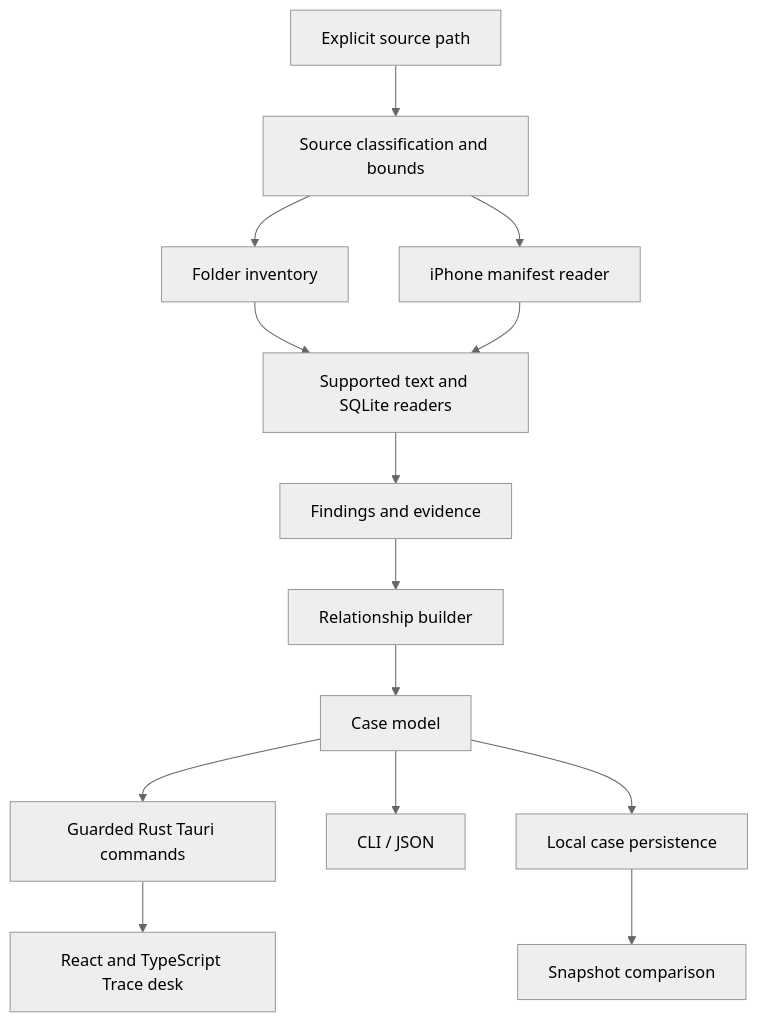
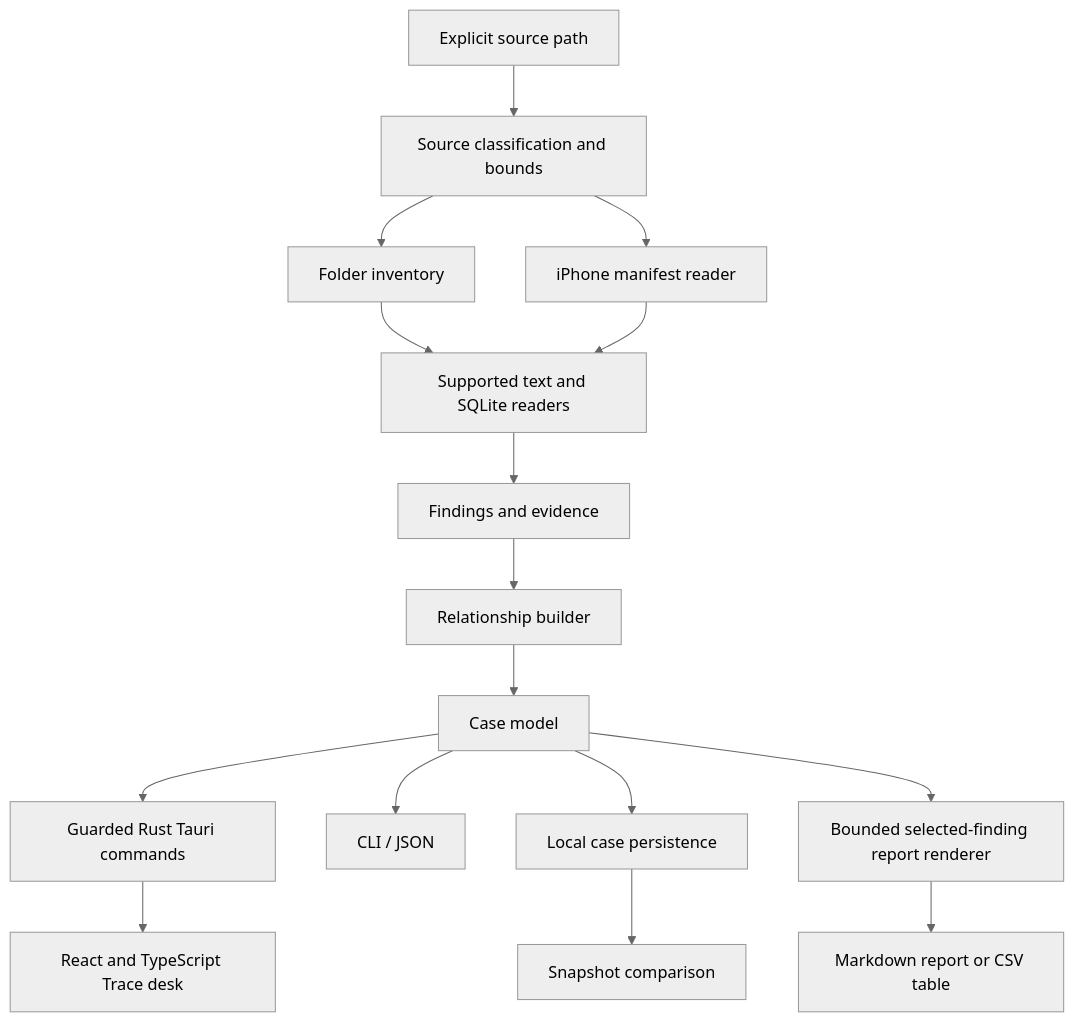
One commit to Forem0/ENGRAM changed the diagram in docs/ARCHITECTURE.md. Above: the diagram before and after it, drawn with Mermaid (neutral theme). The commit also changed other lines of this file and 43 other files, not shown here.

````diff
--- a/docs/ARCHITECTURE.md
+++ b/docs/ARCHITECTURE.md
@@ -5,16 +5,18 @@
 ```mermaid
 flowchart TD
     F[Explicit source path] --> S[Source classification and bounds]
     S --> D[Folder inventory]
     S --> B[iPhone manifest reader]
     D --> R[Supported text and SQLite readers]
     B --> R
     R --> E[Findings and evidence]
     E --> L[Relationship builder]
     L --> C[Case model]
     C --> N[Guarded Rust Tauri commands]
     N --> G[React and TypeScript Trace desk]
     C --> T[CLI / JSON]
     C --> P[Local case persistence]
     P --> V[Snapshot comparison]
+    C --> X[Bounded selected-finding report renderer]
+    X --> M[Markdown report or CSV table]
 ```
````
